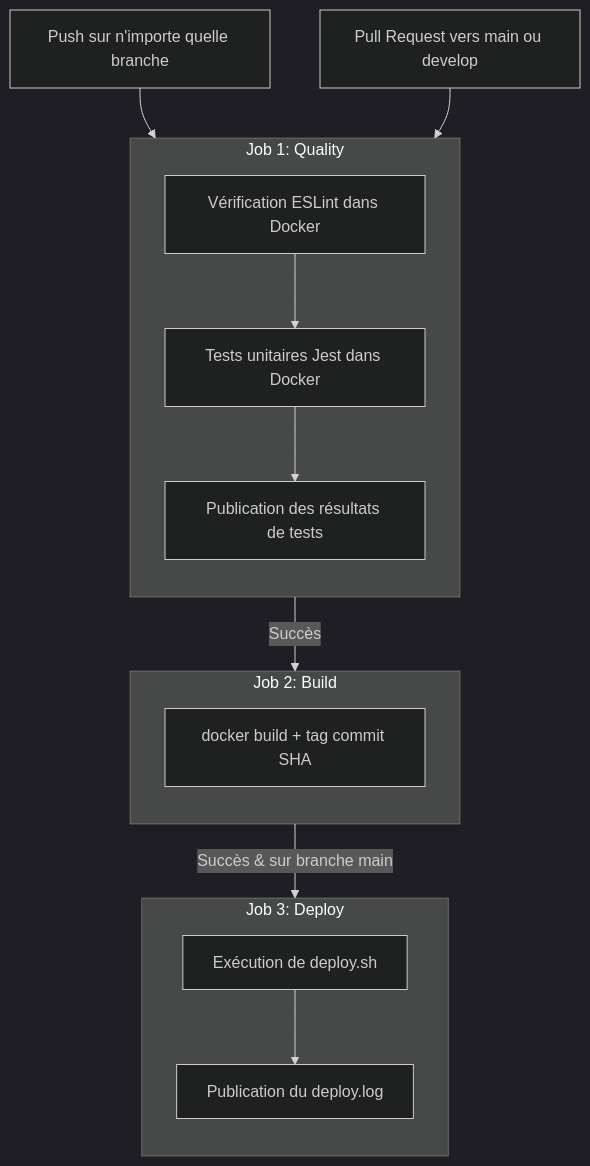
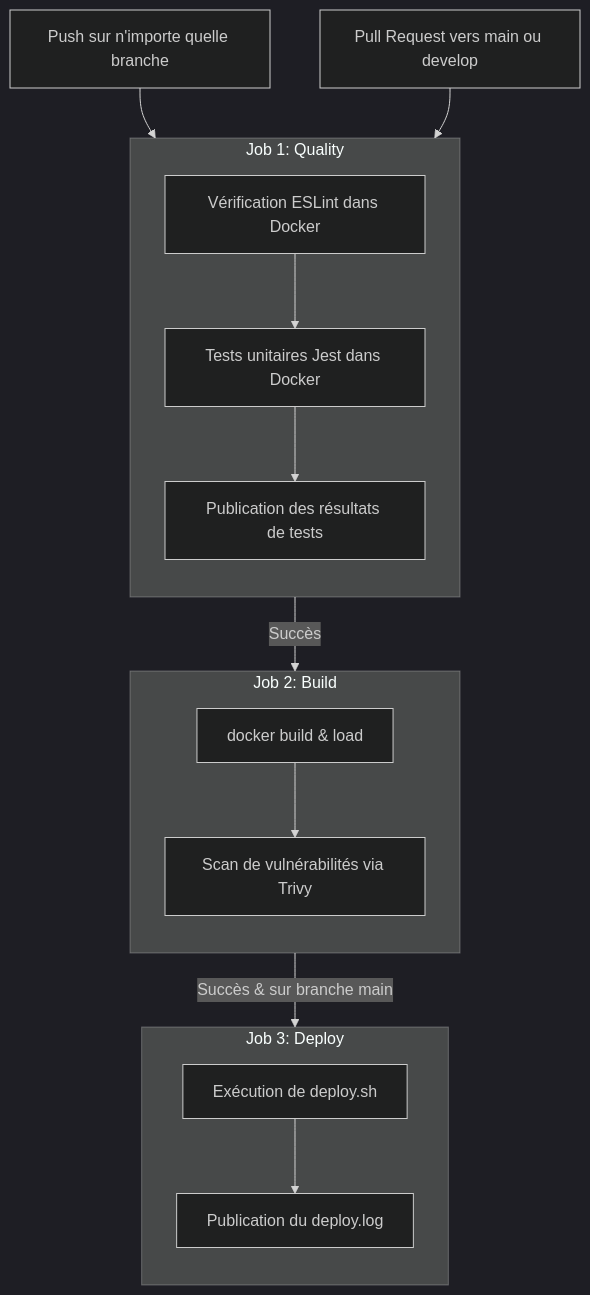
One commit to yaelleabi/EC06_app changed the diagram in README.md. Above: the diagram before and after it, drawn with Mermaid (dark theme). The commit also changed other lines of this file, not shown here.

Commit message:
docs(ci): document Trivy scanner integration in README.md

````diff
--- a/README.md
+++ b/README.md
@@ -74,33 +74,35 @@
 ```mermaid
 flowchart TD
     %% Déclencheurs
     TriggerPush[Push sur n'importe quelle branche] --> JobQuality
     TriggerPR[Pull Request vers main ou develop] --> JobQuality
 
     %% Job Quality
     subgraph JobQuality [Job 1: Quality]
         direction TB
         Lint[Vérification ESLint dans Docker]
         Test[Tests unitaires Jest dans Docker]
         Artifact[Publication des résultats de tests]
         Lint --> Test --> Artifact
     end
 
     %% Job Build
     JobQuality -->|Succès| JobBuild
 
     subgraph JobBuild [Job 2: Build]
         direction TB
-        DockerBuild[docker build + tag commit SHA]
+        DockerBuild[docker build & load]
+        TrivyScan[Scan de vulnérabilités via Trivy]
+        DockerBuild --> TrivyScan
     end
 
     %% Job Deploy
     JobBuild -->|Succès & sur branche main| JobDeploy
 
     subgraph JobDeploy [Job 3: Deploy]
         direction TB
         RunDeployScript[Exécution de deploy.sh]
         DeployArtifact[Publication du deploy.log]
         RunDeployScript --> DeployArtifact
     end
 ```
````
